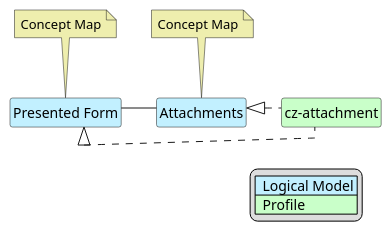
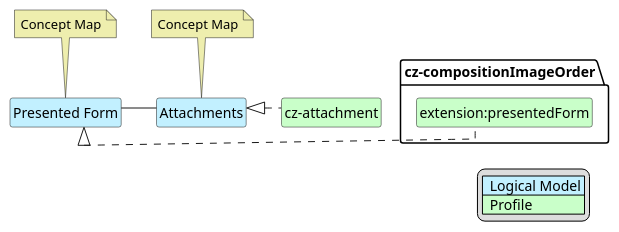
One commit to HL7-cz/img-order changed the diagram in input/images-source/imgOrderAttach-map.plantuml. Above: the diagram before and after it, drawn with PlantUML. The commit also changed 1 other file, not shown here.

Commit message:
Fix plant uml: presented form mapping

```diff
--- a/input/images-source/imgOrderAttach-map.plantuml
+++ b/input/images-source/imgOrderAttach-map.plantuml
@@ -1,43 +1,38 @@
 @startuml
 hide circle
 hide stereotype
 hide members
 hide methods
 skinparam linetype ortho
 skinparam class {
 BackgroundColor<<LogicalModel>> #APPLICATION
 BackgroundColor<<Profile>> #TECHNOLOGY
 }
 legend right
 | <#APPLICATION>  Logical Model |
 | <#TECHNOLOGY>  Profile |
 endlegend
 
 class "Presented Form" <<LogicalModel>> [[StructureDefinition-PresentedFormCz.html]]
 note top #EEEEAE [[ConceptMap-AttachmentImagingOrder2FHIR-cz.html]]
 Concept Map
 endnote
 
 class "Attachments" <<LogicalModel>> [[StructureDefinition-AttachmentsCz.html]]
 note top #EEEEAE [[ConceptMap-AttachmentImagingOrder2FHIR-cz.html]]
 Concept Map
 endnote
 
-class "cz-attachment" <<Profile>> [[https://build.fhir.org/ig/HL7-cz/cz-core/StructureDefinition-cz-attachment.html]]
+class "cz-compositionImageOrder.extension:presentedForm" <<Profile>> [[https://build.fhir.org/ig/HL7-cz/img-order/StructureDefinition-cz-compositionImageOrder.html#ac]]
+class "cz-attachment" <<Profile>> [[https://build.fhir.org/ig/HL7-cz/img-order/StructureDefinition-cz-attachment.html]]
 
 "Presented Form" -- "Attachments"
 
-"Presented Form" <|. "cz-attachment"
+"Presented Form" <|. "cz-compositionImageOrder.extension:presentedForm"
 "Attachments" <|. "cz-attachment"
 
-/'
-"Imaging Order Header" <|. "cz-patient-core"
-"Imaging Order Header" <|. "cz-attachment"
-"Imaging Order Header" <|. "cz-practitioner-core"
-'/
-
 "Presented Form" -r[hidden]-> "Attachments"
-"Presented Form" -d[hidden]-> "cz-attachment"
+"Presented Form" -d[hidden]-> "cz-compositionImageOrder.extension:presentedForm"
 "Attachments" -d[hidden]-> "cz-attachment"
 
 @enduml
```
